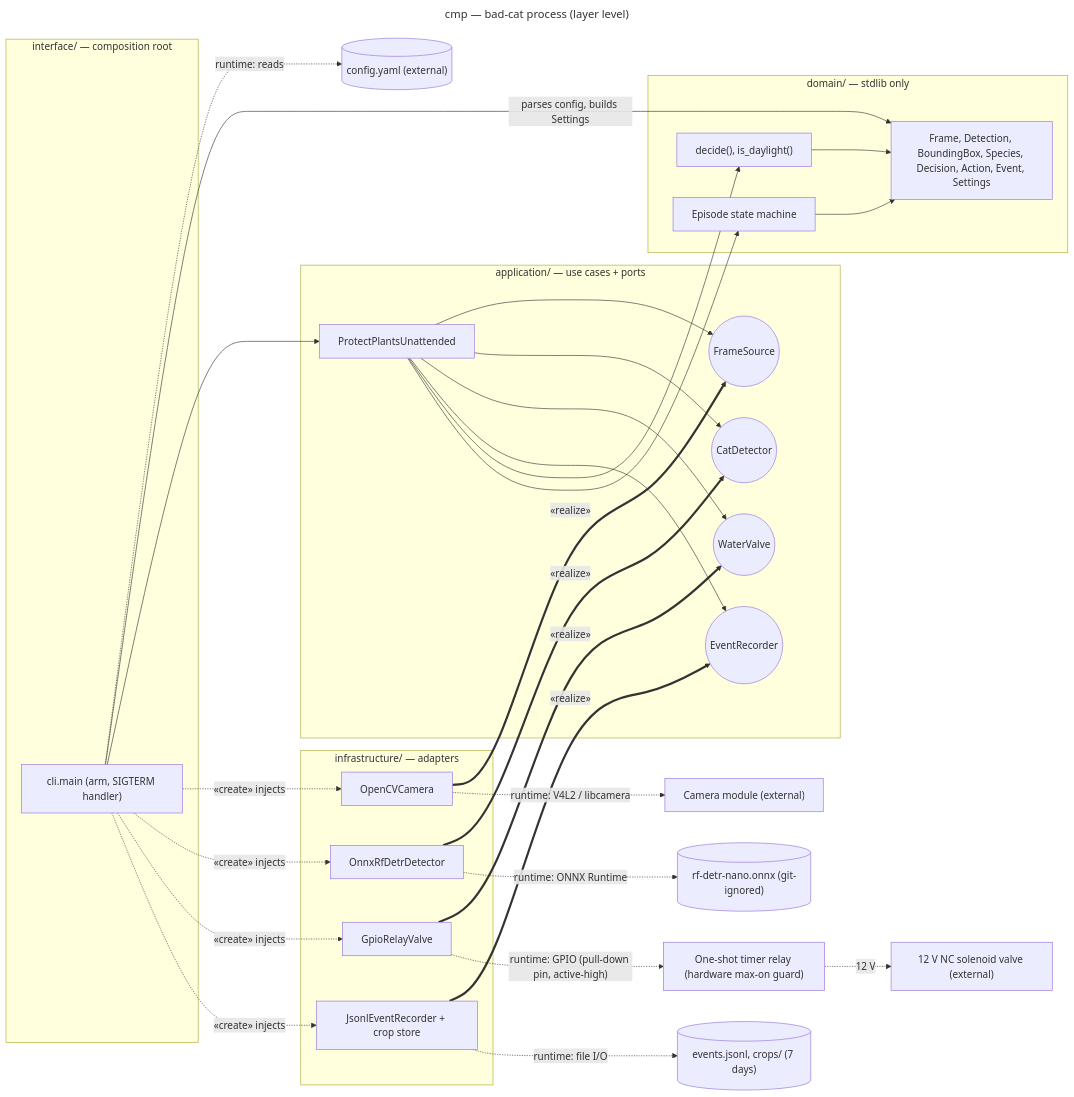
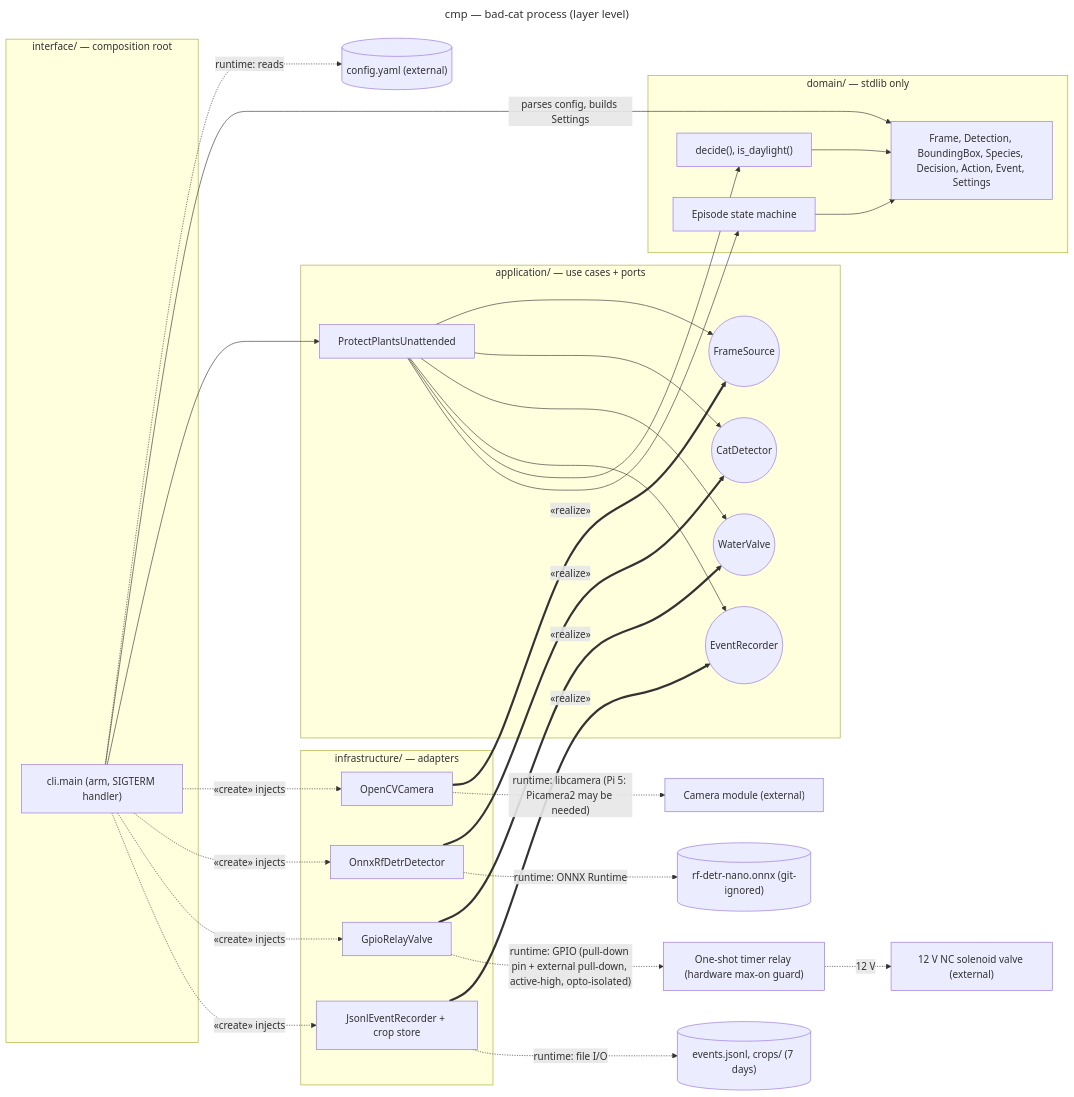
One commit to StudioB22/bad-cat changed the diagram in docs/architecture/diagrams/cat-detection/03-component.md. Above: the diagram before and after it, drawn with Mermaid. The commit also changed other lines of this file and 8 other files, not shown here.

First line of the commit message:
docs(architecture): model hardware deployment in UML (#6)

````diff
--- a/docs/architecture/diagrams/cat-detection/03-component.md
+++ b/docs/architecture/diagrams/cat-detection/03-component.md
@@ -17,52 +16,52 @@
 ```mermaid
 ---
 title: cmp — bad-cat process (layer level)
 ---
 flowchart LR
   Config[("config.yaml (external)")]
   subgraph Interface ["interface/ — composition root"]
     Cli["cli.main (arm, SIGTERM handler)"]
   end
   subgraph Application ["application/ — use cases + ports"]
     Protect["ProtectPlantsUnattended"]
     FramePort(("FrameSource"))
     DetectorPort(("CatDetector"))
     ValvePort(("WaterValve"))
     RecorderPort(("EventRecorder"))
     Protect --> FramePort
     Protect --> DetectorPort
     Protect --> ValvePort
     Protect --> RecorderPort
   end
   subgraph Domain ["domain/ — stdlib only"]
     Decide["decide(), is_daylight()"]
     Episode["Episode state machine"]
     Types["Frame, Detection, BoundingBox, Species, Decision, Action, Event, Settings"]
   end
   subgraph Infrastructure ["infrastructure/ — adapters"]
     Camera["OpenCVCamera"]
     RfDetr["OnnxRfDetrDetector"]
     Relay["GpioRelayValve"]
     Jsonl["JsonlEventRecorder + crop store"]
   end
   Protect --> Decide
   Protect --> Episode
   Decide --> Types
   Episode --> Types
   Camera ==>|"«realize»"| FramePort
   RfDetr ==>|"«realize»"| DetectorPort
   Relay ==>|"«realize»"| ValvePort
   Jsonl ==>|"«realize»"| RecorderPort
   Cli -.->|"runtime: reads"| Config
   Cli -->|"parses config, builds Settings"| Types
   Cli --> Protect
   Cli -.->|"«create» injects"| Camera
   Cli -.->|"«create» injects"| RfDetr
   Cli -.->|"«create» injects"| Relay
   Cli -.->|"«create» injects"| Jsonl
-  Camera -.->|"runtime: V4L2 / libcamera"| Cam["Camera module (external)"]
+  Camera -.->|"runtime: libcamera (Pi 5: Picamera2 may be needed)"| Cam["Camera module (external)"]
   RfDetr -.->|"runtime: ONNX Runtime"| Model[("rf-detr-nano.onnx (git-ignored)")]
-  Relay -.->|"runtime: GPIO (pull-down pin, active-high)"| Guard["One-shot timer relay (hardware max-on guard)"]
+  Relay -.->|"runtime: GPIO (pull-down pin + external pull-down, active-high, opto-isolated)"| Guard["One-shot timer relay (hardware max-on guard)"]
   Guard -.->|"12 V"| Valve["12 V NC solenoid valve (external)"]
   Jsonl -.->|"runtime: file I/O"| Disk[("events.jsonl, crops/ (7 days)")]
 ```
````
